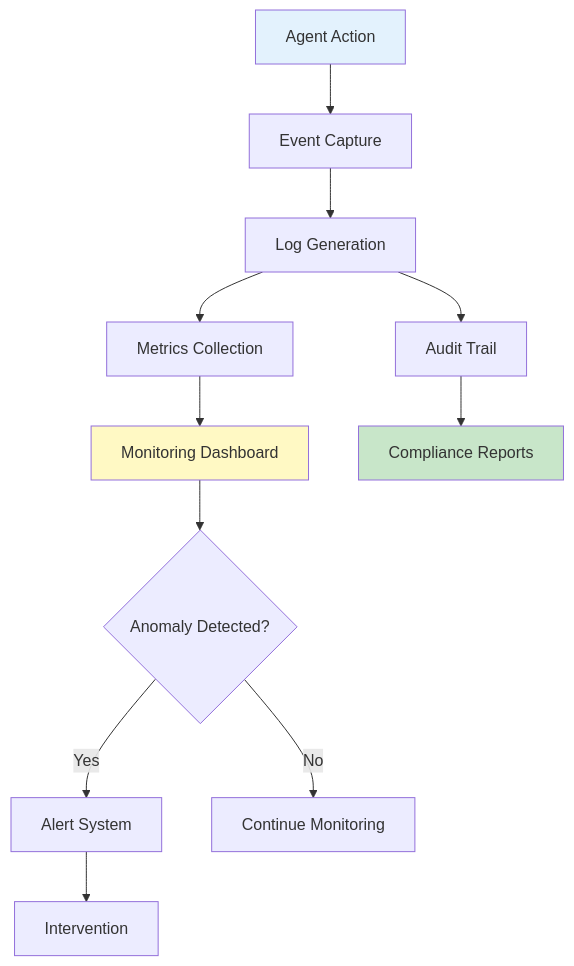
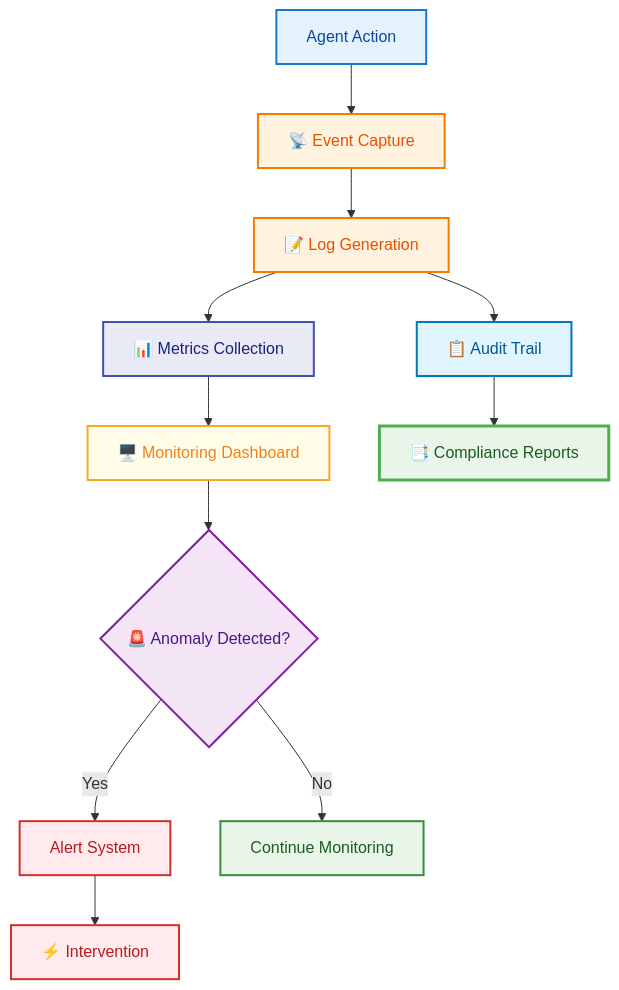
One commit to raphaelmansuy/tutorials changed diagram 17 of 21 in 34_agentic_ai_design_patterns.md. Above: the diagram before and after it, drawn with Mermaid. The commit also changed other lines of this file, not shown here.

````diff
--- a/34_agentic_ai_design_patterns.md
+++ b/34_agentic_ai_design_patterns.md
@@ -653,19 +1277,27 @@
 ```mermaid
-graph TD
-    A[Agent Action] --> B[Event Capture]
-    B --> C[Log Generation]
-    C --> D[Metrics Collection]
-    D --> E[Monitoring Dashboard]
+flowchart TD
+    A[Agent Action] --> B[📡 Event Capture]
+    B --> C[📝 Log Generation]
+    C --> D[📊 Metrics Collection]
+    D --> E[🖥️ Monitoring Dashboard]
 
-    E --> F{Anomaly Detected?}
+    E --> F{🚨 Anomaly Detected?}
     F -->|Yes| G[Alert System]
-    G --> H[Intervention]
+    G --> H[⚡ Intervention]
     F -->|No| I[Continue Monitoring]
 
-    C --> J[Audit Trail]
-    J --> K[Compliance Reports]
+    C --> J[📋 Audit Trail]
+    J --> K[📑 Compliance Reports]
 
-    style A fill:#e3f2fd
-    style K fill:#c8e6c9
-    style E fill:#fff9c4
+    style A fill:#E3F2FD,stroke:#1976D2,stroke-width:2px,color:#0D47A1
+    style B fill:#FFF3E0,stroke:#F57C00,stroke-width:2px,color:#E65100
+    style C fill:#FFF3E0,stroke:#F57C00,stroke-width:2px,color:#E65100
+    style D fill:#E8EAF6,stroke:#3F51B5,stroke-width:2px,color:#1A237E
+    style E fill:#FFFDE7,stroke:#F9A825,stroke-width:2px,color:#F57F17
+    style F fill:#F3E5F5,stroke:#7B1FA2,stroke-width:2px,color:#4A148C
+    style G fill:#FFEBEE,stroke:#D32F2F,stroke-width:2px,color:#B71C1C
+    style H fill:#FFEBEE,stroke:#D32F2F,stroke-width:2px,color:#B71C1C
+    style I fill:#E8F5E8,stroke:#388E3C,stroke-width:2px,color:#1B5E20
+    style J fill:#E1F5FE,stroke:#0277BD,stroke-width:2px,color:#01579B
+    style K fill:#E8F5E8,stroke:#4CAF50,stroke-width:3px,color:#1B5E20
 ```
````
